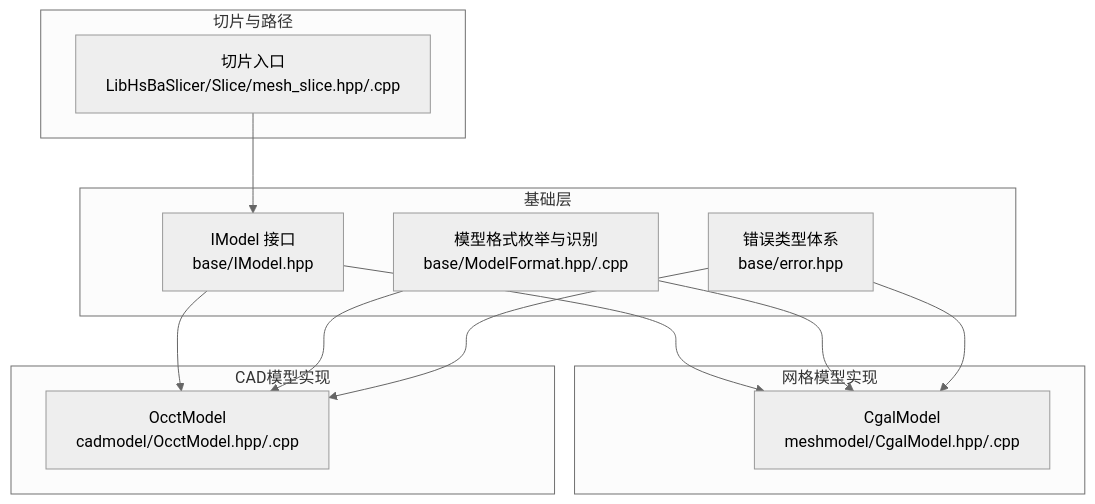
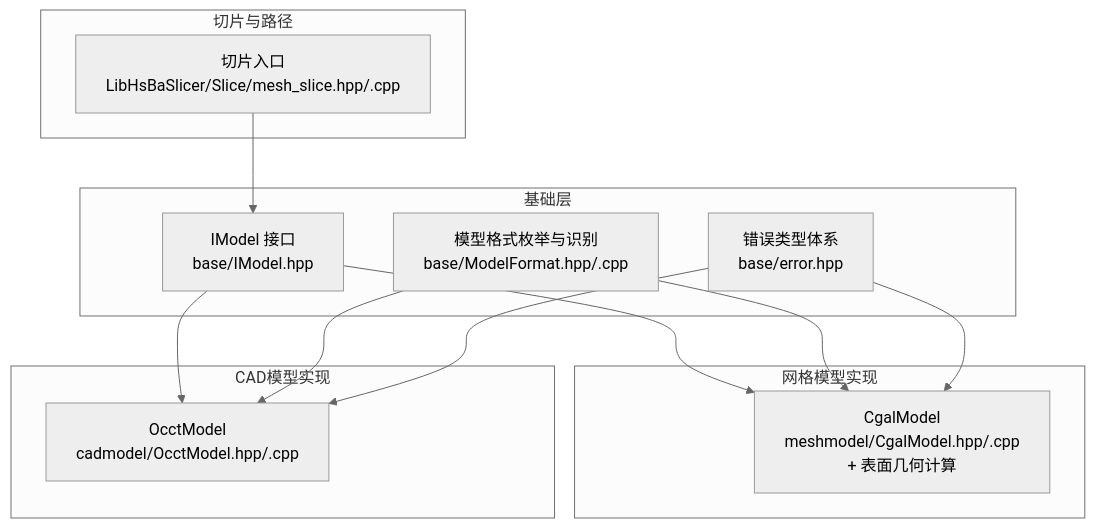
One commit to hsmbanlance/HsBaSlicer changed the first of 6 diagrams in .qoder/repowiki/zh/content/核心模块详解/模型抽象层.md. Above: the diagram before and after it, drawn with Mermaid (neutral theme). The commit also changed other lines of this file and 31 other files, not shown here.

First line of the commit message:
docs(architecture): 更新文档以包含事件处理系统和动态库测试

````diff
--- a/.qoder/repowiki/zh/content/核心模块详解/模型抽象层.md
+++ b/.qoder/repowiki/zh/content/核心模块详解/模型抽象层.md
@@ -42,24 +49,24 @@
 ```mermaid
 graph TB
 subgraph "基础层"
 IModel["IModel 接口<br/>base/IModel.hpp"]
 ModelFmt["模型格式枚举与识别<br/>base/ModelFormat.hpp/.cpp"]
 Error["错误类型体系<br/>base/error.hpp"]
 end
 subgraph "网格模型实现"
-Cgal["CgalModel<br/>meshmodel/CgalModel.hpp/.cpp"]
+Cgal["CgalModel<br/>meshmodel/CgalModel.hpp/.cpp<br/>+ 表面几何计算"]
 end
 subgraph "CAD模型实现"
 Occt["OcctModel<br/>cadmodel/OcctModel.hpp/.cpp"]
 end
 subgraph "切片与路径"
 Slice["切片入口<br/>LibHsBaSlicer/Slice/mesh_slice.hpp/.cpp"]
 end
 IModel --> Cgal
 IModel --> Occt
 ModelFmt --> Cgal
 ModelFmt --> Occt
 Error --> Cgal
 Error --> Occt
 Slice --> IModel
 ```
````
